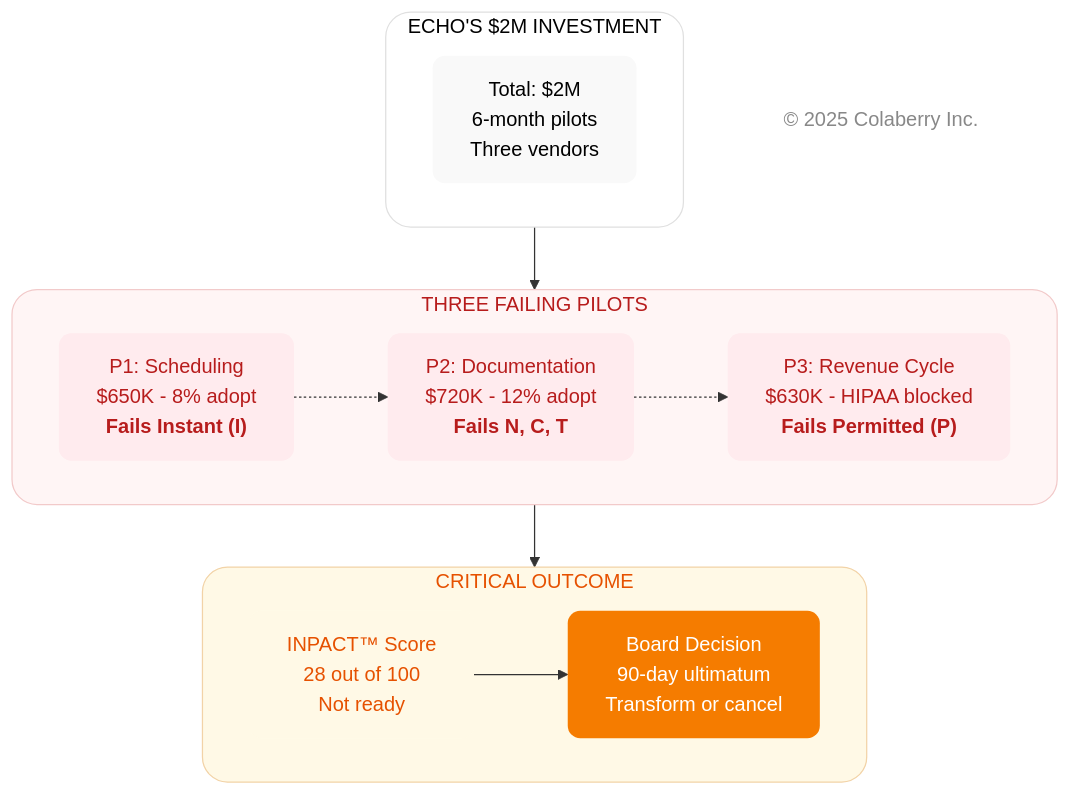
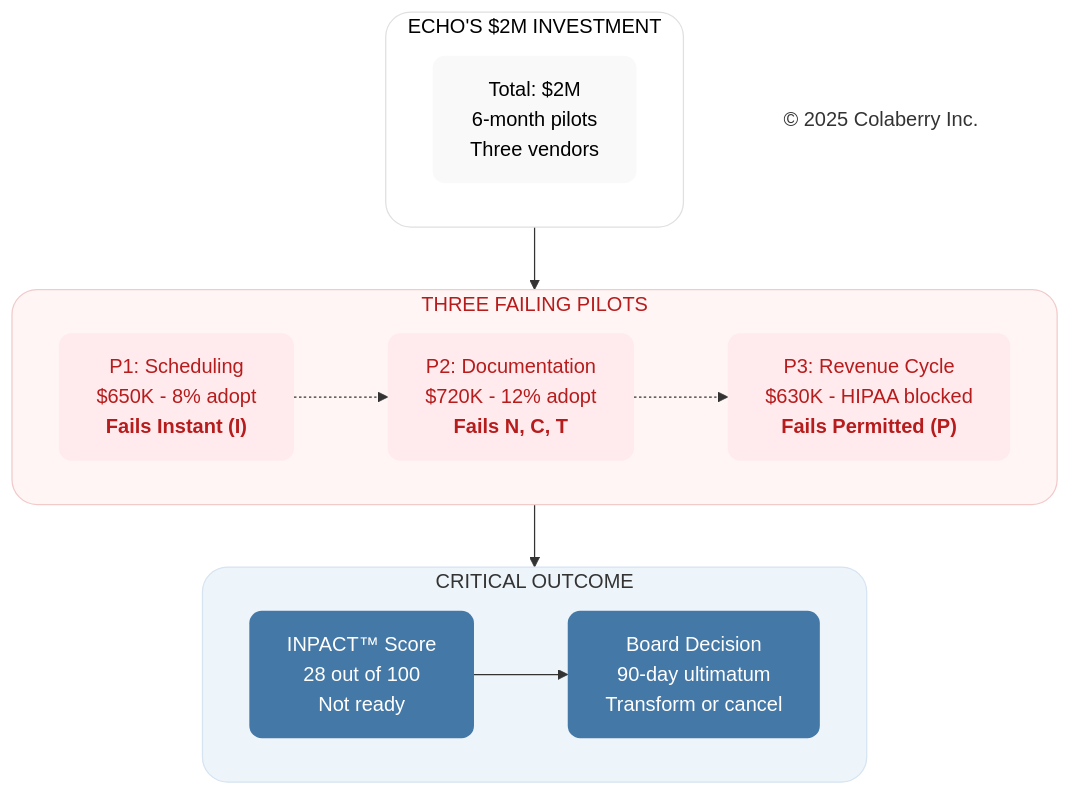
The sixth of 6 diagrams in manuscript/02_chapter_1_why_agents_fail.md (saitejesh-cyber/trust-before-intelligence-book), drawn with Mermaid before and after one commit. The commit also changed other lines of this file and 4 other files, not shown here.

````diff
--- a/manuscript/02_chapter_1_why_agents_fail.md
+++ b/manuscript/02_chapter_1_why_agents_fail.md
@@ -621,41 +621,41 @@
 ```mermaid
 
 graph TB
     subgraph investment["ECHO'S $2M INVESTMENT"]
         TOTAL["Total: $2M<br/>6-month pilots<br/>Three vendors"]
     end
     
     subgraph pilots["THREE FAILING PILOTS"]
         P1["P1: Scheduling<br/>$650K - 8% adopt<br/><b>Fails Instant (I)</b>"]
         
         P2["P2: Documentation<br/>$720K - 12% adopt<br/><b>Fails N, C, T</b>"]
         
         P3["P3: Revenue Cycle<br/>$630K - HIPAA blocked<br/><b>Fails Permitted (P)</b>"]
         
         P1 -.-> P2 -.-> P3
     end
     
     subgraph outcome["CRITICAL OUTCOME"]
         SCORE["INPACT™ Score<br/>28 out of 100<br/>Not ready"]
         
         DECISION["Board Decision<br/>90-day ultimatum<br/>Transform or cancel"]
         
         SCORE --> DECISION
     end
     
     investment --> pilots --> outcome
     
     Copyright["© 2025 Colaberry Inc."]
     
     style investment fill:#ffffff,stroke:#e0e0e0,stroke-width:1px,color:#000000,rx:20,ry:20
     style TOTAL fill:#f9f9f9,stroke:none,color:#000000,rx:10,ry:10
     style pilots fill:#fff5f5,stroke:#f2caca,stroke-width:1px,color:#b71c1c,rx:20,ry:20
     style P1 fill:#ffebee,stroke:none,color:#b71c1c,rx:10,ry:10
     style P2 fill:#ffebee,stroke:none,color:#b71c1c,rx:10,ry:10
     style P3 fill:#ffebee,stroke:none,color:#b71c1c,rx:10,ry:10
-    style outcome fill:#fff9e6,stroke:#f2d3a7,stroke-width:1px,color:#e65100,rx:20,ry:20
-    style SCORE fill:#fff9e6,stroke:none,color:#e65100,rx:10,ry:10
-    style DECISION fill:#f57c00,stroke:none,color:#ffffff,rx:10,ry:10
-    style Copyright fill:none,stroke:none,color:#888888
+    style outcome fill:#edf4fa,stroke:#d6e4f2,stroke-width:1px,color:#333333,rx:20,ry:20
+    style SCORE fill:#4478A6,stroke:none,color:#ffffff,rx:10,ry:10
+    style DECISION fill:#4478A6,stroke:none,color:#ffffff,rx:10,ry:10
+    style Copyright fill:none,stroke:none,color:#333333
 
 ```
````
